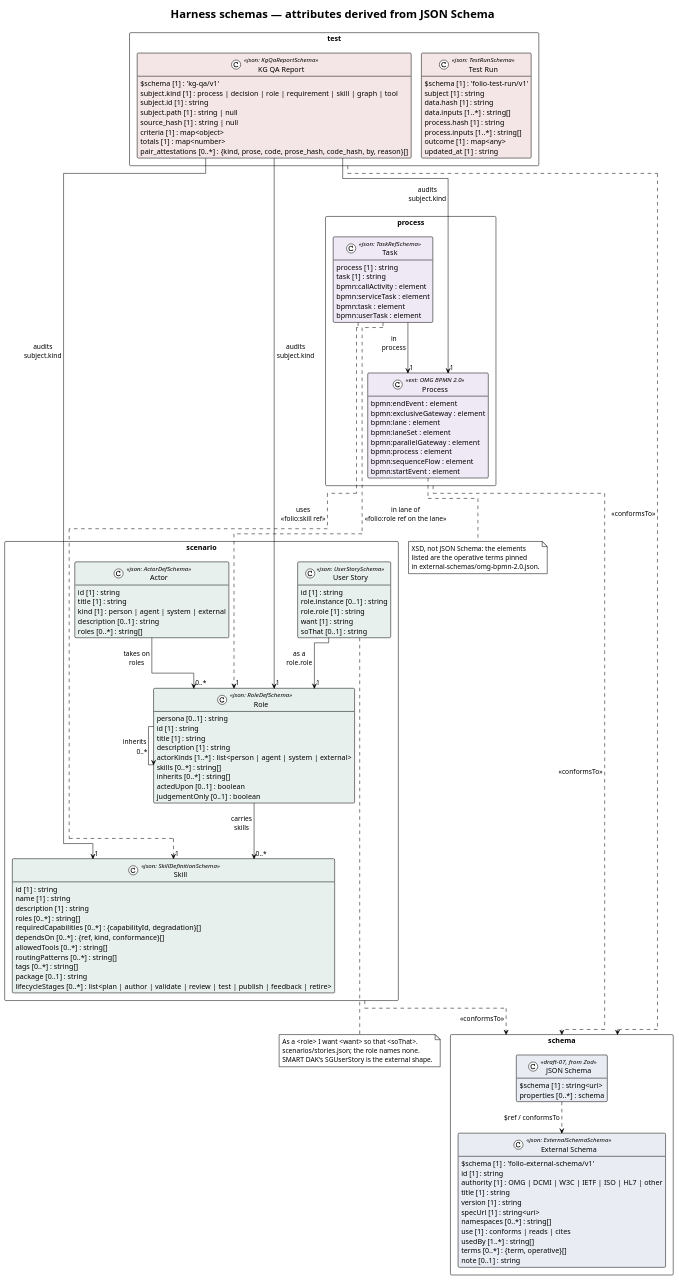
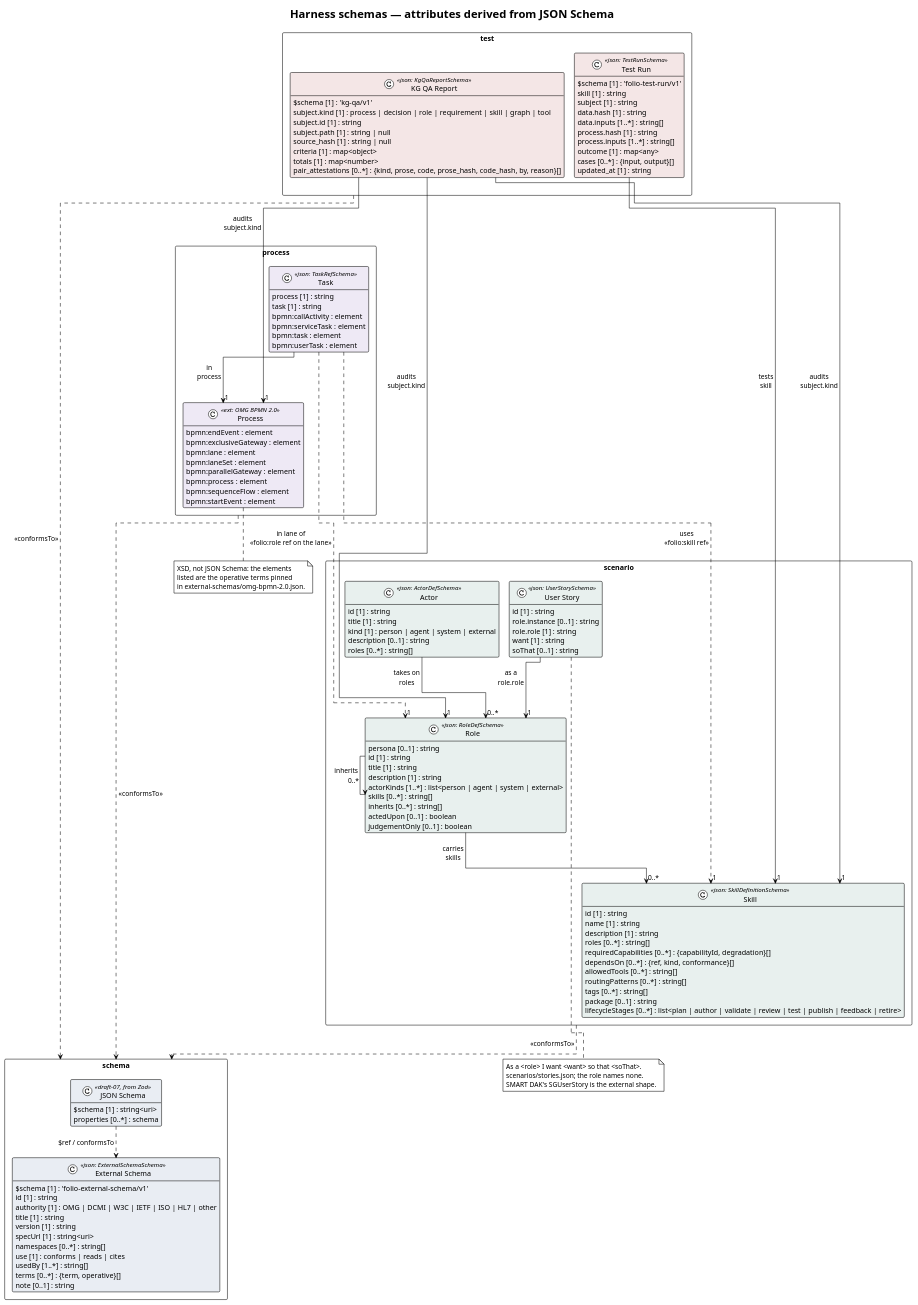
One commit to litlfred/folio-assistant changed the diagram in cat-harness/uml/harness-schemas.puml. Above: the diagram before and after it, drawn with PlantUML. The commit also changed 81 other files, not shown here.

First line of the commit message:
B4 (#1168): a test run names its skill; its cases are checked against the skill's contract

```diff
--- a/cat-harness/uml/harness-schemas.puml
+++ b/cat-harness/uml/harness-schemas.puml
@@ -4,146 +4,149 @@
 @startuml harness-schemas
 ' ELK routes edges around class boxes; dot and smetana draw through them.
 !pragma layout elk
 skinparam nodesep 60
 skinparam ranksep 80
 !theme plain
 skinparam classAttributeIconSize 0
 skinparam shadowing false
 skinparam packageStyle rectangle
 skinparam stereotypeCBackgroundColor #FDFDFB
 hide empty methods
 
 title Harness schemas — attributes derived from JSON Schema
 
 package scenario {
   class "Actor" as Actor <<json: ActorDefSchema>> #e8f0ee {
     id [1] : string
     title [1] : string
     kind [1] : person | agent | system | external
     description [0..1] : string
     roles [0..*] : string[]
   }
   class "Role" as Role <<json: RoleDefSchema>> #e8f0ee {
     persona [0..1] : string
     id [1] : string
     title [1] : string
     description [1] : string
     actorKinds [1..*] : list<person | agent | system | external>
     skills [0..*] : string[]
     inherits [0..*] : string[]
     actedUpon [0..1] : boolean
     judgementOnly [0..1] : boolean
   }
   class "Skill" as Skill <<json: SkillDefinitionSchema>> #e8f0ee {
     id [1] : string
     name [1] : string
     description [1] : string
     roles [0..*] : string[]
     requiredCapabilities [0..*] : {capabilityId, degradation}[]
     dependsOn [0..*] : {ref, kind, conformance}[]
     allowedTools [0..*] : string[]
     routingPatterns [0..*] : string[]
     tags [0..*] : string[]
     package [0..1] : string
     lifecycleStages [0..*] : list<plan | author | validate | review | test | publish | feedback | retire>
   }
   class "User Story" as UserStory <<json: UserStorySchema>> #e8f0ee {
     id [1] : string
     role.instance [0..1] : string
     role.role [1] : string
     want [1] : string
     soThat [0..1] : string
   }
 }
 
 package process {
   class "Process" as Process <<ext: OMG BPMN 2.0>> #eee9f5 {
     bpmn:endEvent : element
     bpmn:exclusiveGateway : element
     bpmn:lane : element
     bpmn:laneSet : element
     bpmn:parallelGateway : element
     bpmn:process : element
     bpmn:sequenceFlow : element
     bpmn:startEvent : element
   }
   class "Task" as Task <<json: TaskRefSchema>> #eee9f5 {
     process [1] : string
     task [1] : string
     bpmn:callActivity : element
     bpmn:serviceTask : element
     bpmn:task : element
     bpmn:userTask : element
   }
 }
 
 package schema {
   class "External Schema" as ExternalSchema <<json: ExternalSchemaSchema>> #e9edf3 {
     $schema [1] : 'folio-external-schema/v1'
     id [1] : string
     authority [1] : OMG | DCMI | W3C | IETF | ISO | HL7 | other
     title [1] : string
     version [1] : string
     specUrl [1] : string<uri>
     namespaces [0..*] : string[]
     use [1] : conforms | reads | cites
     usedBy [1..*] : string[]
     terms [0..*] : {term, operative}[]
     note [0..1] : string
   }
   class "JSON Schema" as JsonSchema <<draft-07, from Zod>> #e9edf3 {
     $schema [1] : string<uri>
     properties [0..*] : schema
   }
   JsonSchema ..> ExternalSchema : $ref / conformsTo
 }
 
 package test {
   class "Test Run" as TestRun <<json: TestRunSchema>> #f4e6e6 {
     $schema [1] : 'folio-test-run/v1'
+    skill [1] : string
     subject [1] : string
     data.hash [1] : string
     data.inputs [1..*] : string[]
     process.hash [1] : string
     process.inputs [1..*] : string[]
     outcome [1] : map<any>
+    cases [0..*] : {input, output}[]
     updated_at [1] : string
   }
   class "KG QA Report" as KgQaReport <<json: KgQaReportSchema>> #f4e6e6 {
     $schema [1] : 'kg-qa/v1'
     subject.kind [1] : process | decision | role | requirement | skill | graph | tool
     subject.id [1] : string
     subject.path [1] : string | null
     source_hash [1] : string | null
     criteria [1] : map<object>
     totals [1] : map<number>
     pair_attestations [0..*] : {kind, prose, code, prose_hash, code_hash, by, reason}[]
   }
 }
 
 note bottom of UserStory
   As a <role> I want <want> so that <soThat>.
   scenarios/stories.json; the role names none.
   SMART DAK's SGUserStory is the external shape.
 end note
 note bottom of Process
   XSD, not JSON Schema: the elements
   listed are the operative terms pinned
   in external-schemas/omg-bpmn-2.0.json.
 end note
 
 Actor --> "0..*" Role : takes on\nroles
 Role --> "0..*" Role : inherits
 Role --> "0..*" Skill : carries\nskills
 UserStory --> "1" Role : as a\nrole.role
 Task --> "1" Process : in\nprocess
 Task ..> "1" Role : in lane of\n«folio:role ref on the lane»
 Task ..> "1" Skill : uses\n«folio:skill ref»
+TestRun --> "1" Skill : tests\nskill
 KgQaReport --> "1" Role : audits\nsubject.kind
 KgQaReport --> "1" Process : audits\nsubject.kind
 KgQaReport --> "1" Skill : audits\nsubject.kind
 
 scenario ..> schema : <<conformsTo>>
 process ..> schema : <<conformsTo>>
 test ..> schema : <<conformsTo>>
 @enduml
```
